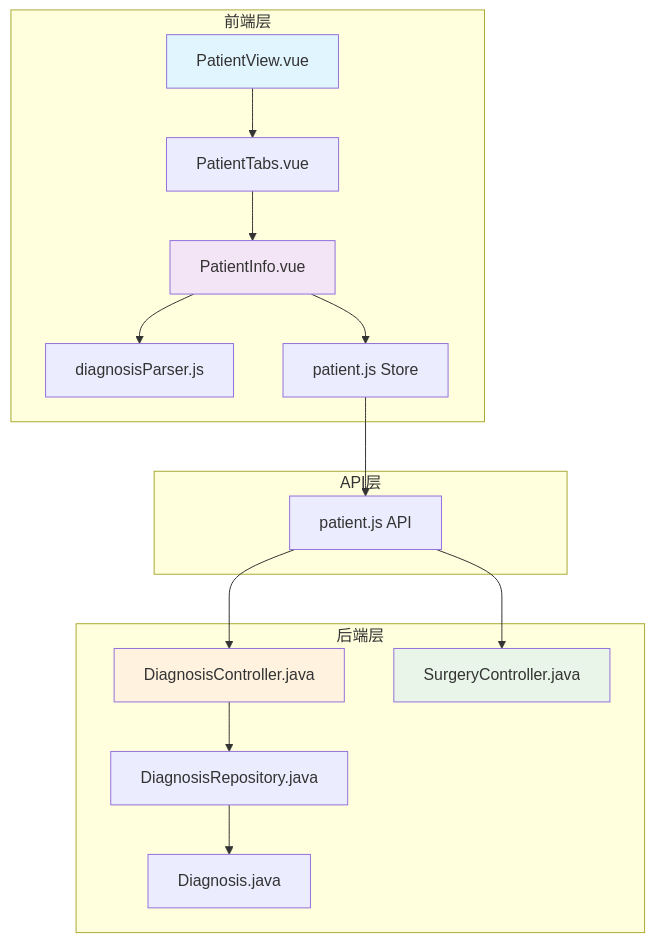
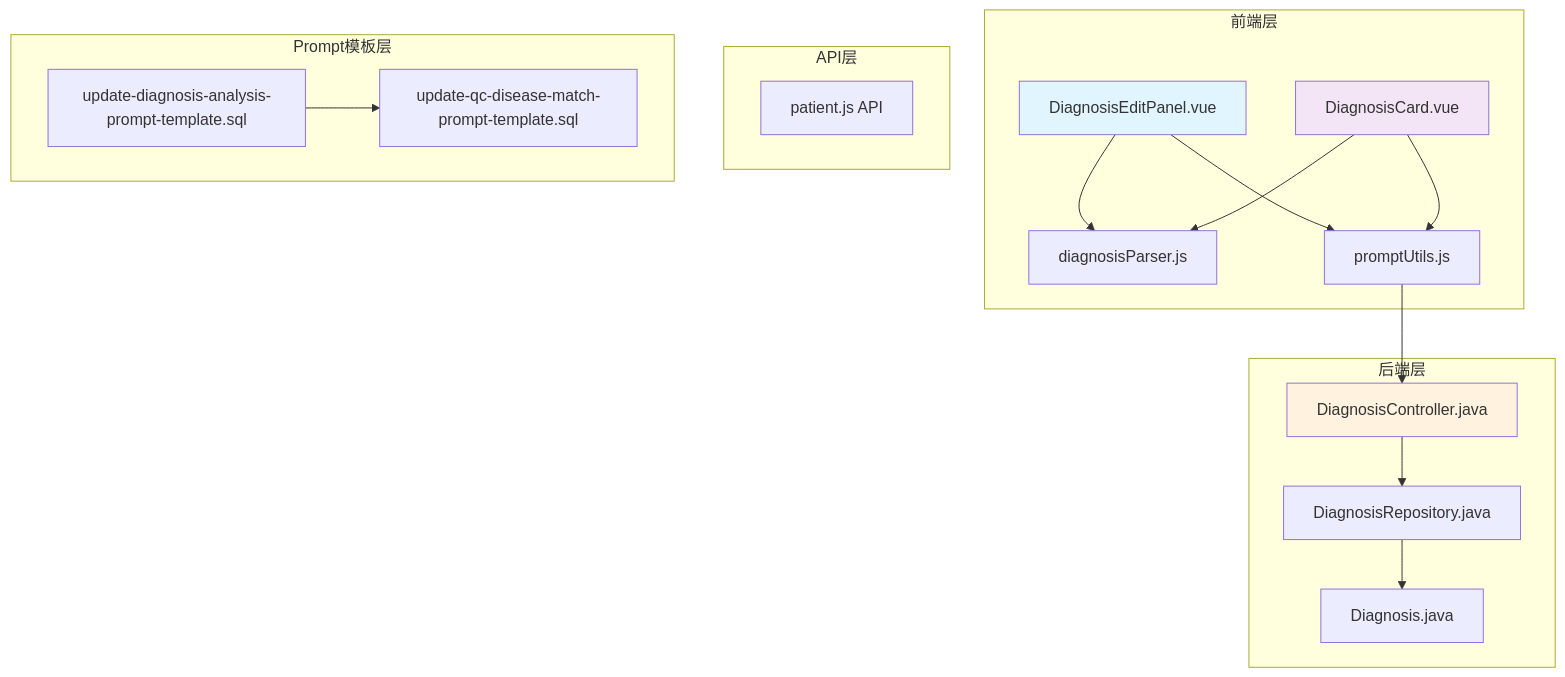
Before and after one commit to liuzh2008/med_ai_assistant_workspace: the first of 6 diagrams in .qoder/repowiki/zh/content/核心功能模块/诊断编辑面板增强.md, drawn with Mermaid. The commit also changed other lines of this file and 5 other files, not shown here.

````diff
--- a/.qoder/repowiki/zh/content/核心功能模块/诊断编辑面板增强.md
+++ b/.qoder/repowiki/zh/content/核心功能模块/诊断编辑面板增强.md
@@ -54,32 +48,32 @@
 ```mermaid
 graph TB
 subgraph "前端层"
-PV[PatientView.vue]
-PT[PatientTabs.vue]
-PI[PatientInfo.vue]
+DEP[DiagnosisEditPanel.vue]
+DC[DiagnosisCard.vue]
 DP[diagnosisParser.js]
-PS[patient.js Store]
+PS[promptUtils.js]
 end
 subgraph "API层"
 PA[patient.js API]
 end
 subgraph "后端层"
-DC[DiagnosisController.java]
+DCtrl[DiagnosisController.java]
 DR[DiagnosisRepository.java]
 DM[Diagnosis.java]
-SC[SurgeryController.java]
 end
-PV --> PT
-PT --> PI
-PI --> DP
-PI --> PS
-PS --> PA
-PA --> DC
-PA --> SC
-DC --> DR
+subgraph "Prompt模板层"
+UT[update-diagnosis-analysis-prompt-template.sql]
+UQ[update-qc-disease-match-prompt-template.sql]
+end
+DEP --> DP
+DEP --> PS
+DC --> DP
+DC --> PS
+PS --> DCtrl
+DCtrl --> DR
 DR --> DM
-style PV fill:#e1f5fe
-style PI fill:#f3e5f5
-style DC fill:#fff3e0
-style SC fill:#e8f5e8
+UT --> UQ
+style DEP fill:#e1f5fe
+style DC fill:#f3e5f5
+style DCtrl fill:#fff3e0
 ```
````
